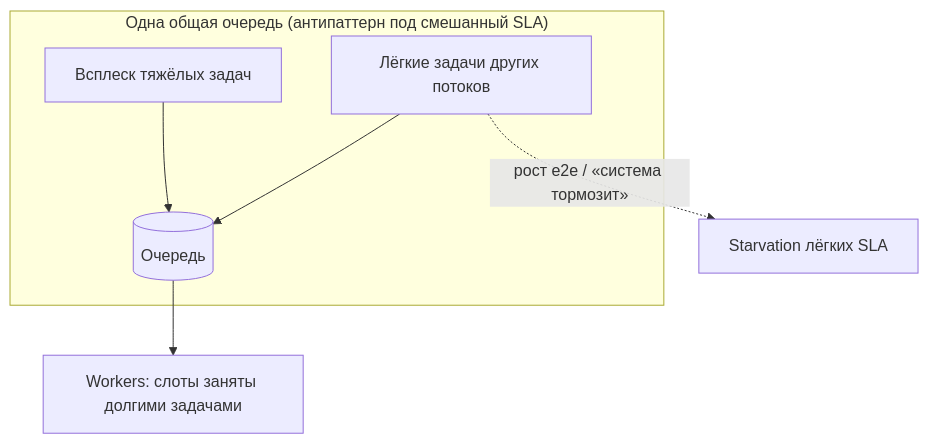
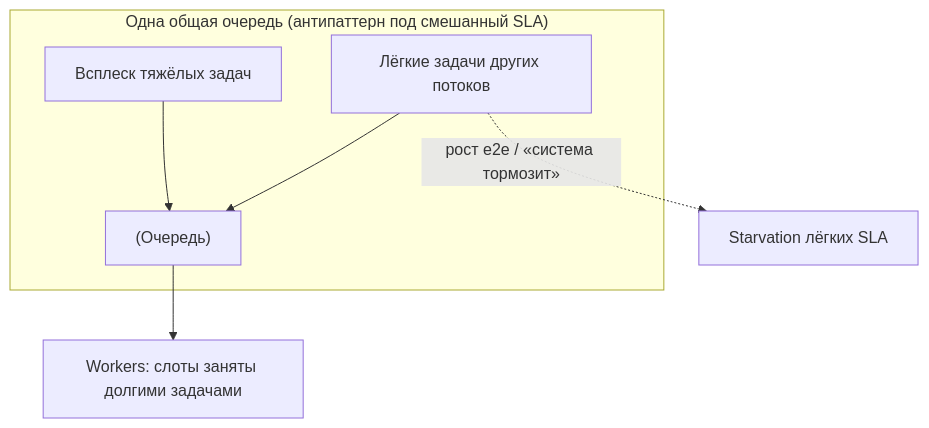
The second of 5 diagrams in directions/services/celery/pact/16_proizvoditelnost_throughput_i_masshtabirovanie/16_16_16_7_performance_edge_cases.md (DDoSKudya/ai-study-atlas), drawn with Mermaid before and after one commit. The commit also changed other lines of this file and 322 other files, not shown here.

Commit message:
fix(docs): make mermaid diagrams GitHub-compatible across directions content

````diff
--- a/directions/services/celery/pact/16_proizvoditelnost_throughput_i_masshtabirovanie/16_16_16_7_performance_edge_cases.md
+++ b/directions/services/celery/pact/16_proizvoditelnost_throughput_i_masshtabirovanie/16_16_16_7_performance_edge_cases.md
@@ -42,12 +42,12 @@
 ```mermaid
 flowchart TB
   subgraph oneq["Одна общая очередь (антипаттерн под смешанный SLA)"]
-    Q[(Очередь)]
-    H[Всплеск тяжёлых задач]
-    L[Лёгкие задачи других потоков]
+    Q["(Очередь)"]
+    H["Всплеск тяжёлых задач"]
+    L["Лёгкие задачи других потоков"]
   end
   H --> Q
   L --> Q
-  Q --> W[Workers: слоты заняты долгими задачами]
-  L -.->|рост e2e / «система тормозит»| S[Starvation лёгких SLA]
+  Q --> W["Workers: слоты заняты долгими задачами"]
+  L -.->|рост e2e / «система тормозит»| S["Starvation лёгких SLA"]
 ```
````
